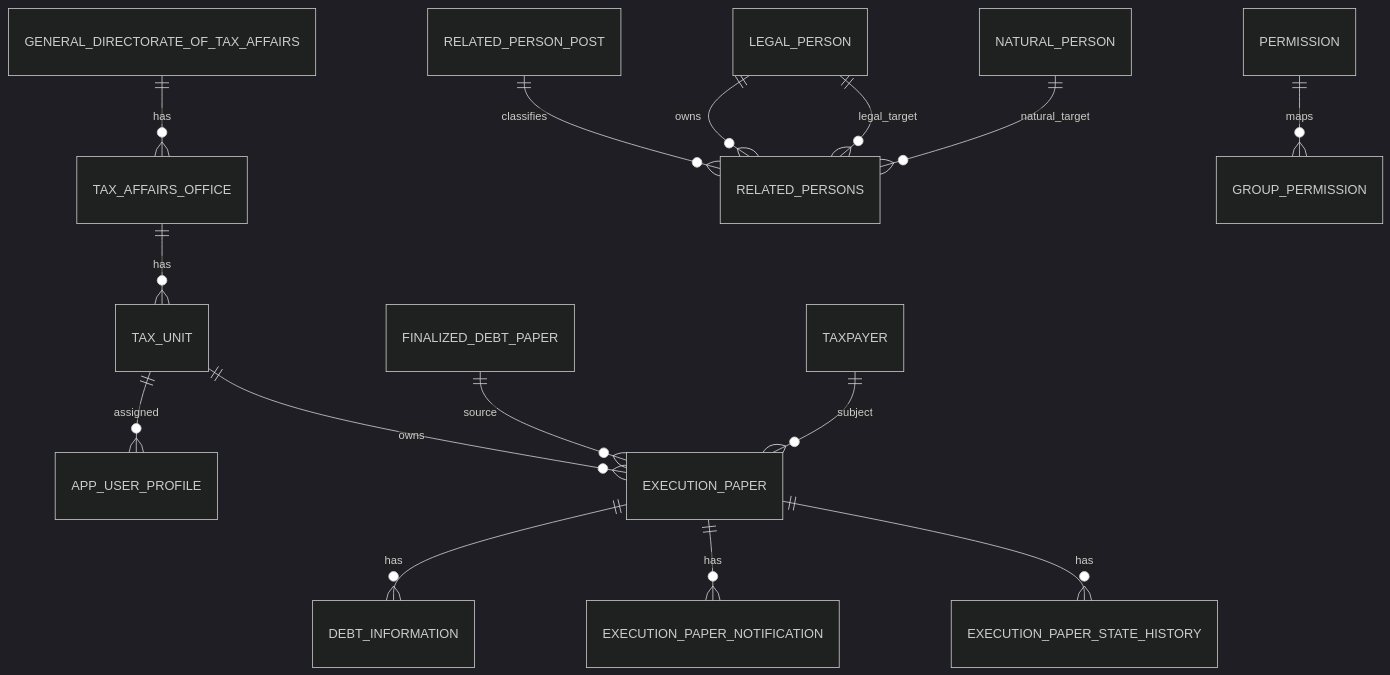
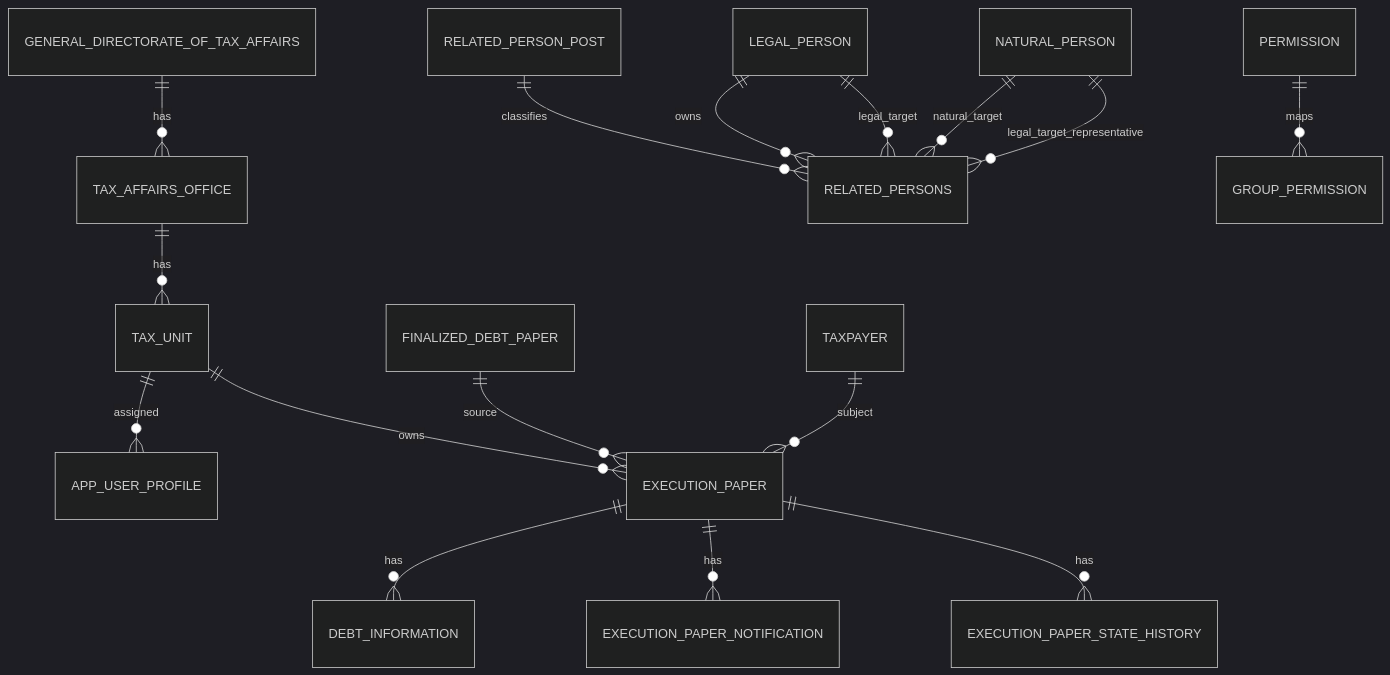
The diagram in docs/technical/database.md (mohamamdsajadi/VosolMaliat), drawn with Mermaid (dark theme) before and after one commit. The commit also changed other lines of this file and 11 other files, not shown here.

Commit message:
add legal person natural representatives

````diff
--- a/docs/technical/database.md
+++ b/docs/technical/database.md
@@ -40,17 +40,18 @@
 ```mermaid
 erDiagram
     GENERAL_DIRECTORATE_OF_TAX_AFFAIRS ||--o{ TAX_AFFAIRS_OFFICE : has
     TAX_AFFAIRS_OFFICE ||--o{ TAX_UNIT : has
     TAX_UNIT ||--o{ APP_USER_PROFILE : assigned
     TAX_UNIT ||--o{ EXECUTION_PAPER : owns
     FINALIZED_DEBT_PAPER ||--o{ EXECUTION_PAPER : source
     TAXPAYER ||--o{ EXECUTION_PAPER : subject
     EXECUTION_PAPER ||--o{ DEBT_INFORMATION : has
     EXECUTION_PAPER ||--o{ EXECUTION_PAPER_NOTIFICATION : has
     EXECUTION_PAPER ||--o{ EXECUTION_PAPER_STATE_HISTORY : has
     LEGAL_PERSON ||--o{ RELATED_PERSONS : owns
     RELATED_PERSON_POST ||--o{ RELATED_PERSONS : classifies
     NATURAL_PERSON ||--o{ RELATED_PERSONS : natural_target
+    NATURAL_PERSON ||--o{ RELATED_PERSONS : legal_target_representative
     LEGAL_PERSON ||--o{ RELATED_PERSONS : legal_target
     PERMISSION ||--o{ GROUP_PERMISSION : maps
 ```
````
